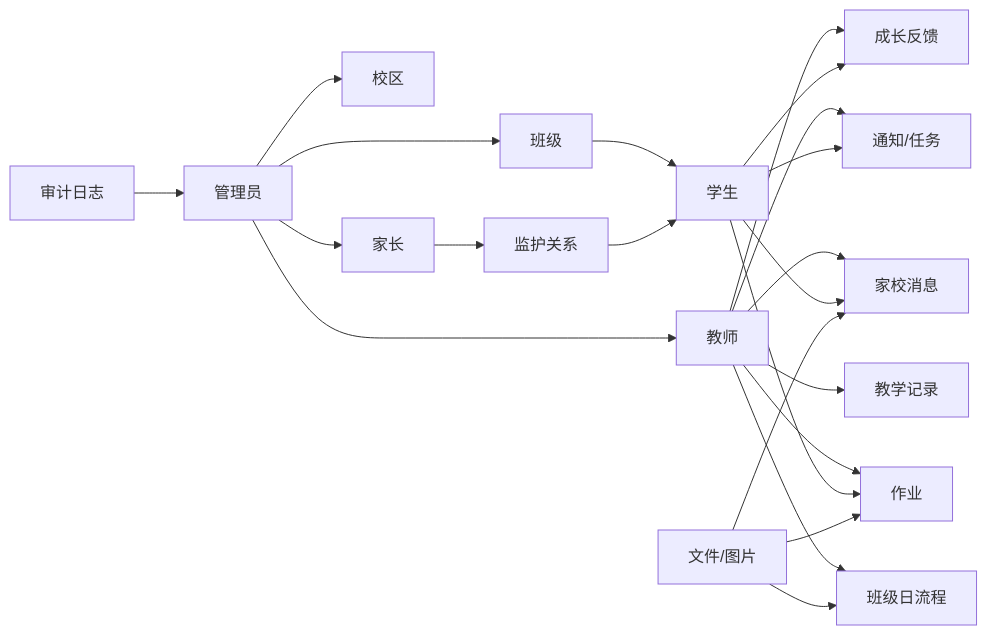
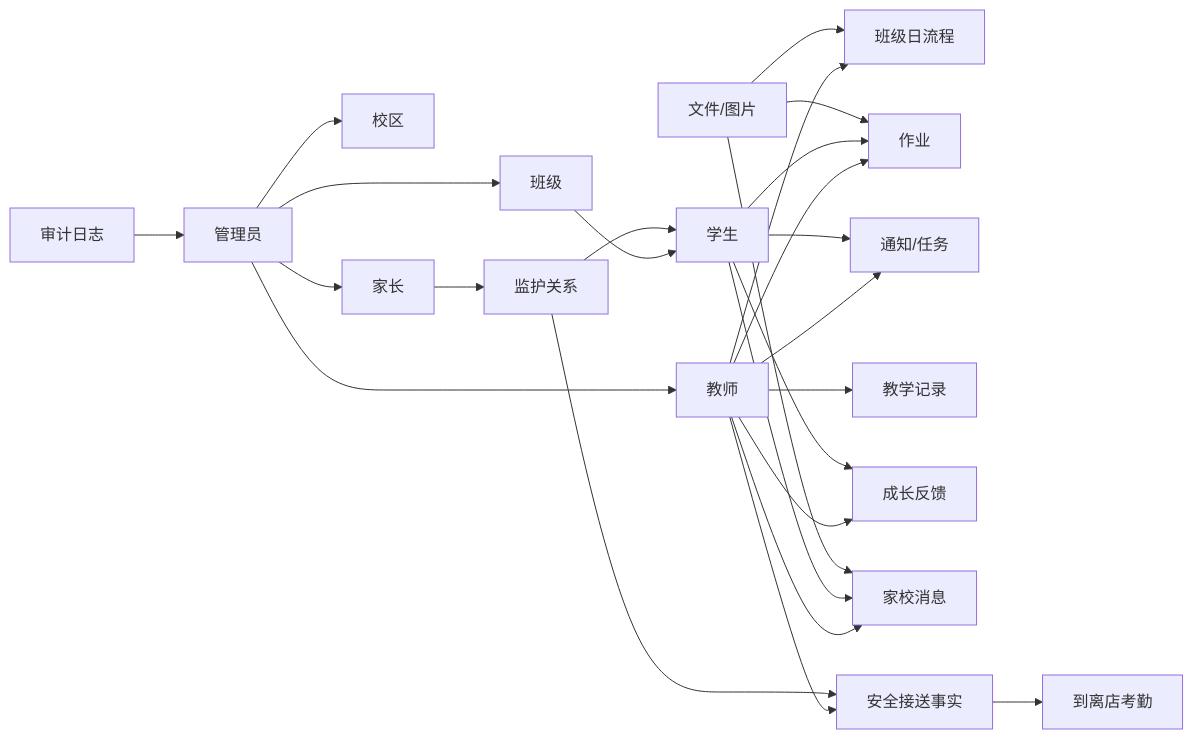
One commit to JasonTqh/ruizhibo changed the diagram in docs/project-audit-and-next-roadmap.md. Above: the diagram before and after it, drawn with Mermaid. The commit also changed other lines of this file and 39 other files, not shown here.

````diff
--- a/docs/project-audit-and-next-roadmap.md
+++ b/docs/project-audit-and-next-roadmap.md
@@ -163,24 +170,27 @@
 ```mermaid
 flowchart LR
   Admin["管理员"] --> Campus["校区"]
   Admin --> Teacher["教师"]
   Admin --> Parent["家长"]
   Admin --> Class["班级"]
   Class --> Student["学生"]
   Parent --> Guardian["监护关系"]
   Guardian --> Student
   Teacher --> Workflow["班级日流程"]
   Teacher --> Homework["作业"]
   Teacher --> Notice["通知/任务"]
   Teacher --> Teaching["教学记录"]
   Teacher --> Growth["成长反馈"]
   Teacher --> Chat["家校消息"]
+  Teacher --> Pickup["安全接送事实"]
+  Guardian --> Pickup
+  Pickup --> Attendance["到离店考勤"]
   Student --> Homework
   Student --> Notice
   Student --> Growth
   Student --> Chat
   File["文件/图片"] --> Homework
   File --> Chat
   File --> Workflow
   Audit["审计日志"] --> Admin
 ```
````
